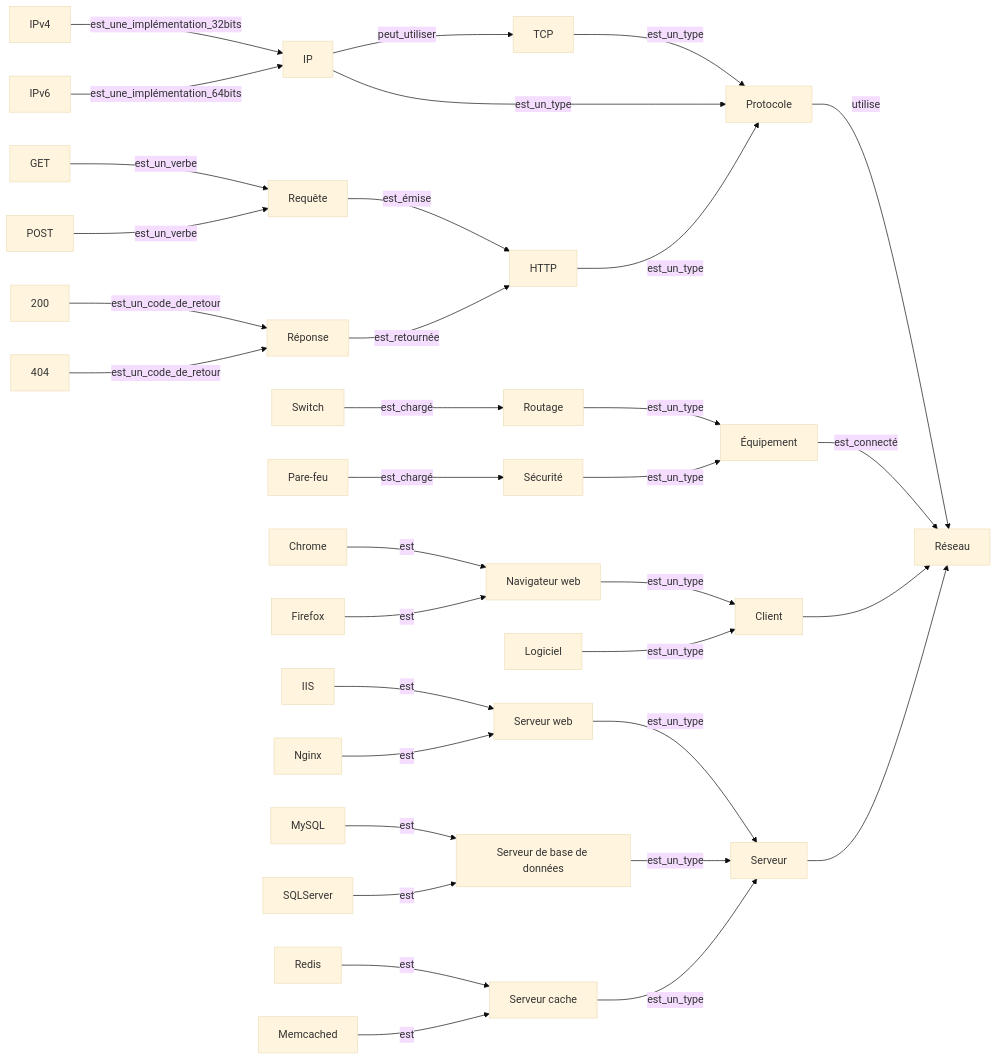
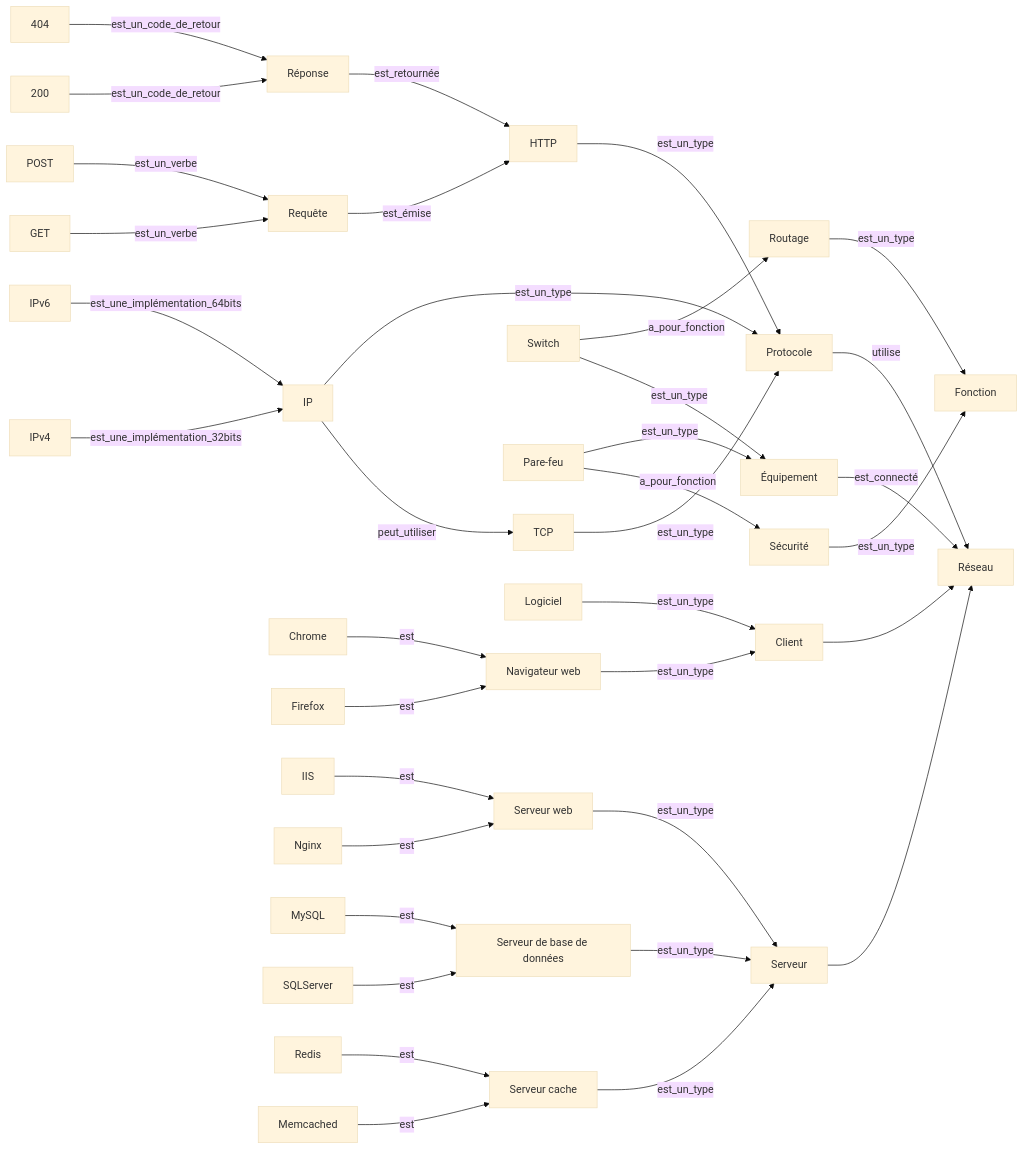
Before and after one commit to LavederMark-Ylann/SEC201: the diagram in markdown/mermaid_v3.md, drawn with Mermaid (base theme). The commit also changed 12 other files, not shown here.

````diff
--- a/markdown/mermaid_v3.md
+++ b/markdown/mermaid_v3.md
@@ -1,40 +1,44 @@
 ```mermaid
 graph LR
     Protocole -- utilise --> Réseau
     TCP -- est_un_type --> Protocole
     IP -- peut_utiliser --> TCP
     IP -- est_un_type --> Protocole
     IPv4 -- est_une_implémentation_32bits --> IP
     IPv6 -- est_une_implémentation_64bits --> IP
     HTTP -- est_un_type --> Protocole
     Requête -- est_émise --> HTTP
     GET -- est_un_verbe --> Requête
     POST -- est_un_verbe --> Requête
     Réponse -- est_retournée --> HTTP
     200 -- est_un_code_de_retour --> Réponse
     404 -- est_un_code_de_retour --> Réponse
 
     Équipement -- est_connecté --> Réseau
-    Routage -- est_un_type --> Équipement
-    Switch -- est_chargé --> Routage
-    Sécurité -- est_un_type --> Équipement
-    Pare-feu -- est_chargé --> Sécurité
+    Switch -- est_un_type --> Équipement
+    
+    Switch -- a_pour_fonction --> Routage
+     
+    Pare-feu -- a_pour_fonction --> Sécurité
+    Pare-feu -- est_un_type --> Équipement
+    Sécurité -- est_un_type --> Fonction
+    Routage -- est_un_type --> Fonction
 
     Navigateur[Navigateur web] -- est_un_type --> Client
     Chrome -- est --> Navigateur
     Firefox -- est --> Navigateur
     Logiciel -- est_un_type --> Client
     Client --> Réseau
 
     Frontal[Serveur web] -- est_un_type --> Serveur
     IIS -- est --> Frontal
     Nginx -- est --> Frontal
     BDD[Serveur de base de données] -- est_un_type --> Serveur
     MySQL -- est --> BDD
     SQLServer -- est --> BDD
     Cache[Serveur cache] -- est_un_type --> Serveur
     Redis -- est --> Cache
     Memcached -- est --> Cache
     Serveur --> Réseau
 
 ```
````
